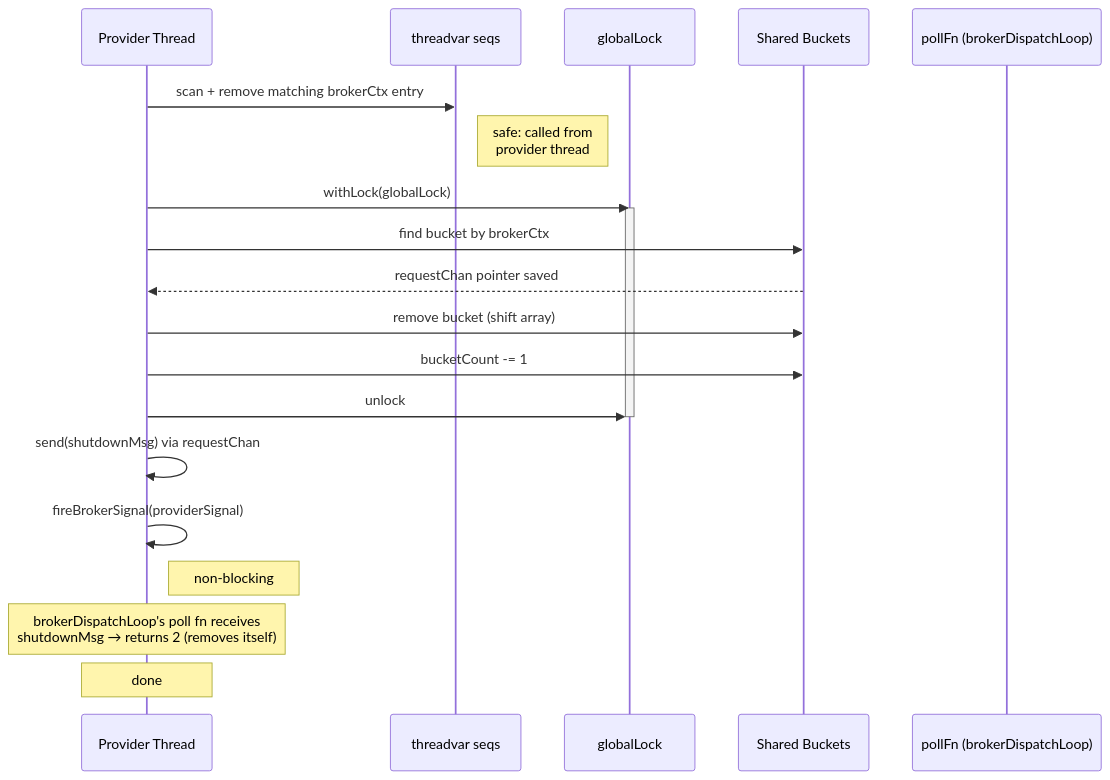
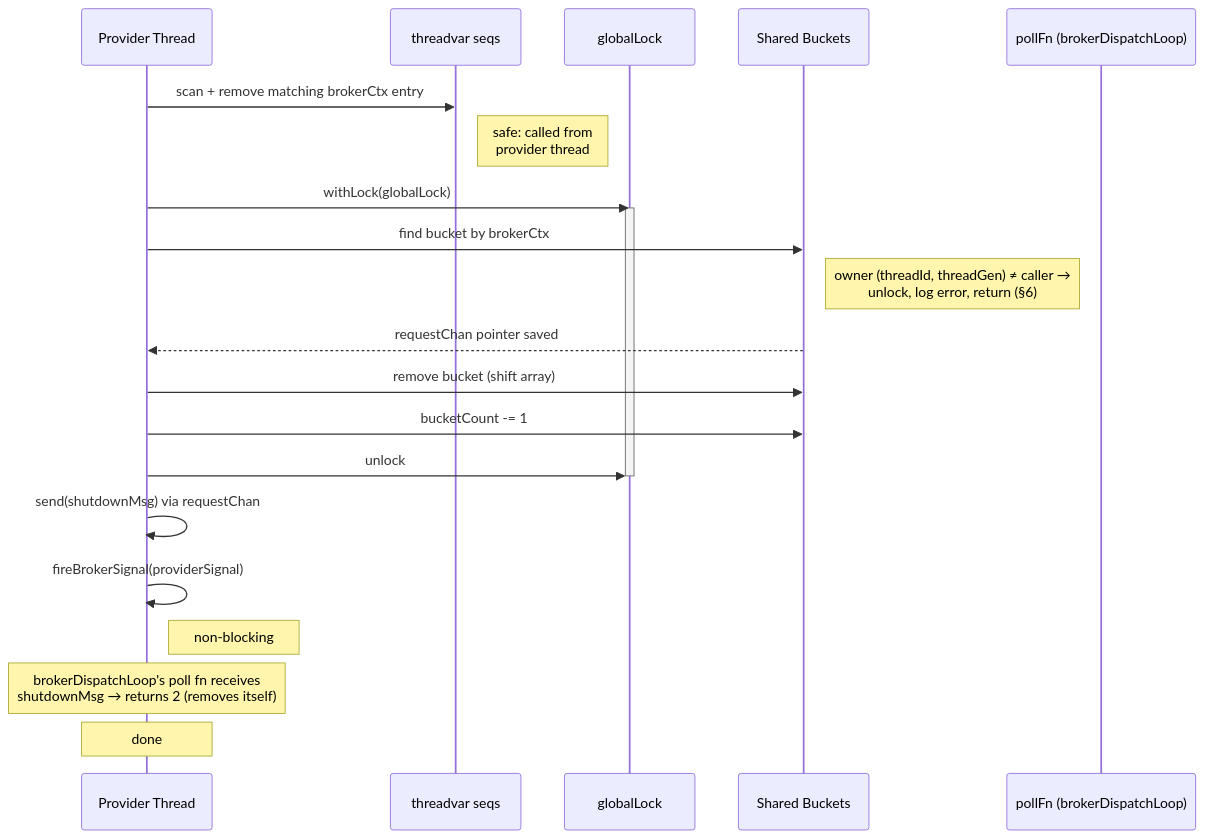
One commit to NagyZoltanPeter/nim-brokers changed the fourth of 5 diagrams in doc/MultiThread_RequestBroker.md. Above: the diagram before and after it, drawn with Mermaid. The commit also changed other lines of this file and 9 other files, not shown here.

````diff
--- a/doc/MultiThread_RequestBroker.md
+++ b/doc/MultiThread_RequestBroker.md
@@ -590,28 +602,29 @@
 ```mermaid
 sequenceDiagram
     participant PT as Provider Thread
     participant TV as threadvar seqs
     participant GL as globalLock
     participant B as Shared Buckets
     participant PL as pollFn (brokerDispatchLoop)
 
     PT ->> TV: scan + remove matching brokerCtx entry
     Note right of TV: safe: called from<br/>provider thread
 
     PT ->> GL: withLock(globalLock)
     activate GL
     PT ->> B: find bucket by brokerCtx
+    Note right of B: owner (threadId, threadGen) ≠ caller →<br/>unlock, log error, return (§6)
     B -->> PT: requestChan pointer saved
     PT ->> B: remove bucket (shift array)
     PT ->> B: bucketCount -= 1
     PT ->> GL: unlock
     deactivate GL
 
     PT ->> PT: send(shutdownMsg) via requestChan
     PT ->> PT: fireBrokerSignal(providerSignal)
     Note right of PT: non-blocking
 
     Note over PT: brokerDispatchLoop's poll fn receives<br/>shutdownMsg → returns 2 (removes itself)
 
     Note over PT: done
 ```
````
